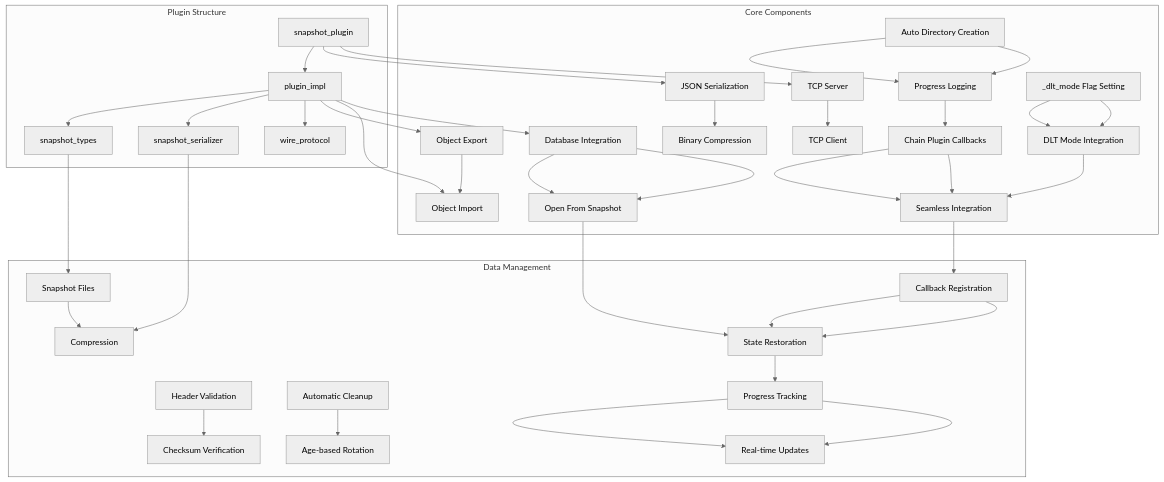
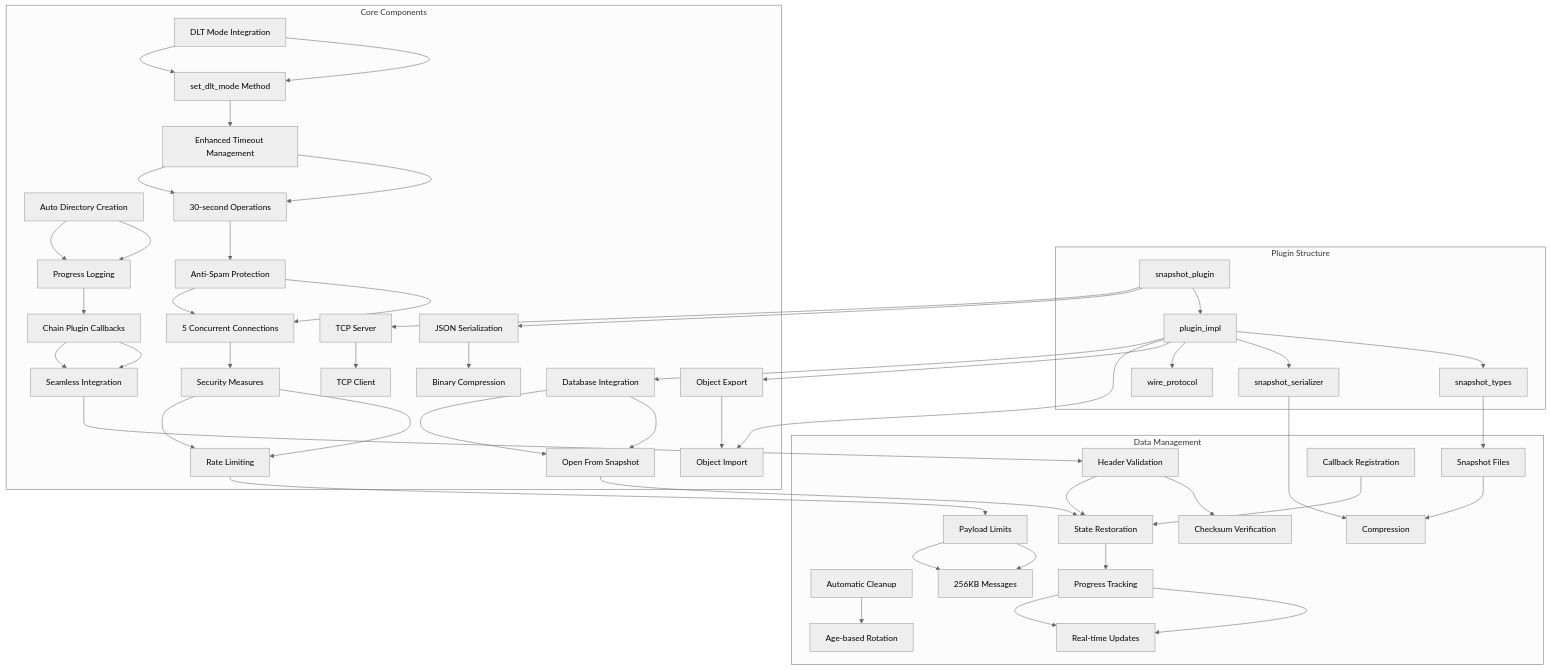
The first of 26 diagrams in .qoder/repowiki/en/content/Plugin System/Snapshot Plugin System.md (VIZ-Blockchain/viz-cpp-node), drawn with Mermaid (neutral theme) before and after one commit. The commit also changed other lines of this file and 4 other files, not shown here.

First line of the commit message:
feat(dlt): enhance DLT mode detection, validation, and error handling

````diff
--- a/.qoder/repowiki/en/content/Plugin System/Snapshot Plugin System.md
+++ b/.qoder/repowiki/en/content/Plugin System/Snapshot Plugin System.md
@@ -64,43 +64,54 @@
 ```mermaid
 graph TB
 subgraph "Plugin Structure"
 A[snapshot_plugin] --> B[plugin_impl]
 B --> C[snapshot_types]
 B --> D[snapshot_serializer]
 B --> E[wire_protocol]
 end
 subgraph "Core Components"
 F[JSON Serialization] --> G[Binary Compression]
 H[Object Export] --> I[Object Import]
 J[TCP Server] --> K[TCP Client]
 L[Database Integration] --> M[Open From Snapshot]
 N[Auto Directory Creation] --> O[Progress Logging]
 P[Chain Plugin Callbacks] --> Q[Seamless Integration]
-R[_dlt_mode Flag Setting] --> S[DLT Mode Integration]
+R[DLT Mode Integration] --> S[set_dlt_mode Method]
+T[Enhanced Timeout Management] --> U[30-second Operations]
+V[Anti-Spam Protection] --> W[5 Concurrent Connections]
+X[Security Measures] --> Y[Rate Limiting]
 end
 subgraph "Data Management"
-T[Snapshot Files] --> U[Compression]
-V[Header Validation] --> W[Checksum Verification]
-X[Callback Registration] --> Y[State Restoration]
-Z[Automatic Cleanup] --> AA[Age-based Rotation]
-AB[Progress Tracking] --> AC[Real-time Updates]
+Z[Snapshot Files] --> AA[Compression]
+AB[Header Validation] --> AC[Checksum Verification]
+AD[Callback Registration] --> AE[State Restoration]
+AF[Automatic Cleanup] --> AG[Age-based Rotation]
+AH[Progress Tracking] --> AI[Real-time Updates]
+AJ[Payload Limits] --> AK[256KB Messages]
 end
 A --> F
 A --> J
 B --> H
 B --> I
-C --> T
-D --> U
+C --> Z
+D --> AA
 B --> L
 L --> M
-M --> Y
+M --> AE
 N --> O
 O --> P
 P --> Q
-Q --> X
+Q --> AB
+AB --> AE
+AE --> AH
+AH --> AI
+R --> S
+S --> T
+T --> U
+U --> V
+V --> W
+W --> X
 X --> Y
-Y --> AB
-AB --> AC
-R --> S
-S --> Q
+Y --> AJ
+AJ --> AK
 ```
````
